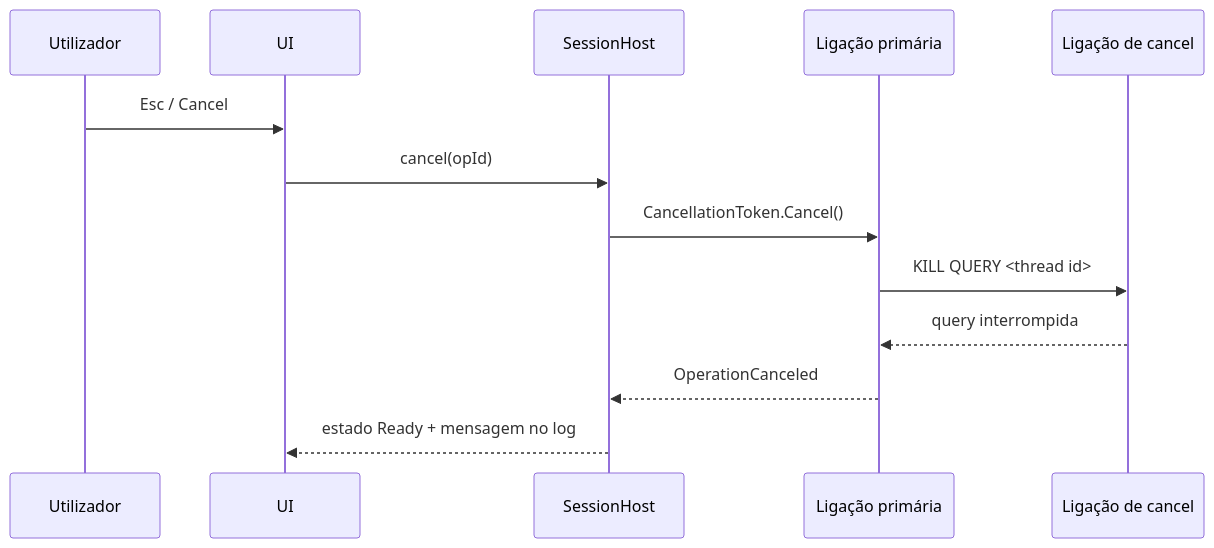
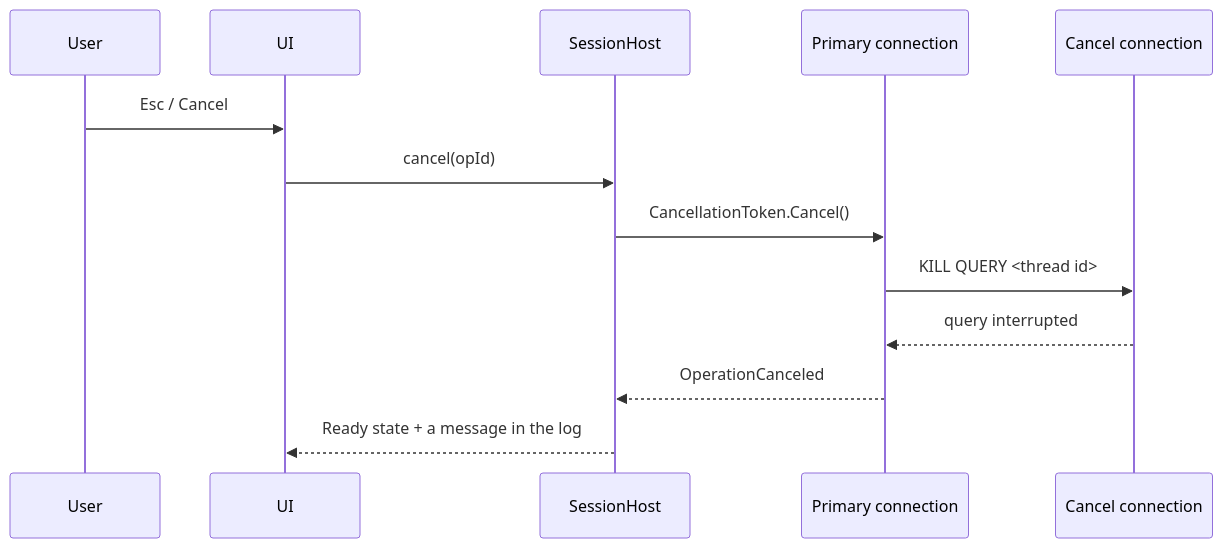
One commit to JoaoMarcos03/Eunomia changed the third of 7 diagrams in docs/spec/specification.md. Above: the diagram before and after it, drawn with Mermaid. The commit also changed other lines of this file and 50 other files, not shown here.

````diff
--- a/docs/spec/specification.md
+++ b/docs/spec/specification.md
@@ -1074,15 +1074,15 @@
 ```mermaid
 sequenceDiagram
-  participant U as Utilizador
+  participant U as User
   participant UI
   participant S as SessionHost
-  participant C as Ligação primária
-  participant K as Ligação de cancel
+  participant C as Primary connection
+  participant K as Cancel connection
   U->>UI: Esc / Cancel
   UI->>S: cancel(opId)
   S->>C: CancellationToken.Cancel()
   C->>K: KILL QUERY <thread id>
-  K-->>C: query interrompida
+  K-->>C: query interrupted
   C-->>S: OperationCanceled
-  S-->>UI: estado Ready + mensagem no log
+  S-->>UI: Ready state + a message in the log
 ```
````
